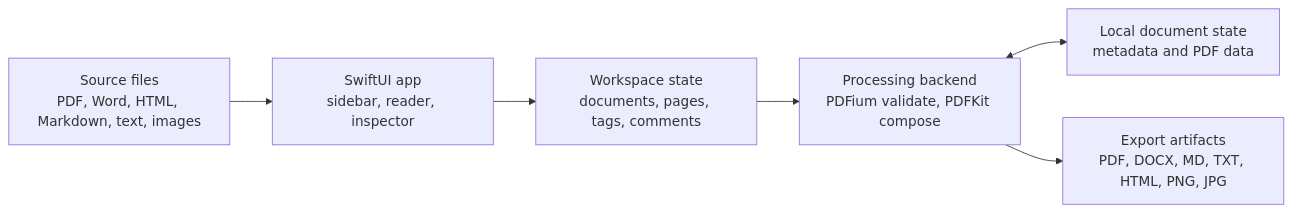
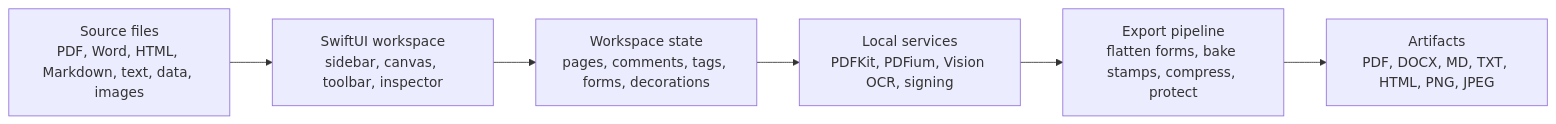
The diagram in README.md (udhawan97/pdFold), drawn with Mermaid before and after one commit. The commit also changed other lines of this file and 10 other files, not shown here.

````diff
--- a/README.md
+++ b/README.md
@@ -141,15 +124,15 @@
 ```mermaid
 flowchart LR
-    Files["Source files<br/>PDF, Word, HTML, Markdown, text, images"]
-    UI["SwiftUI app<br/>sidebar, reader, inspector"]
-    State["Workspace state<br/>documents, pages, tags, comments"]
-    Engine["Processing backend<br/>PDFium validate, PDFKit compose"]
-    LocalState["Local document state<br/>metadata and PDF data"]
-    Export["Export artifacts<br/>PDF, DOCX, MD, TXT, HTML, PNG, JPG"]
+    Files["Source files<br/>PDF, Word, HTML, Markdown, text, data, images"]
+    UI["SwiftUI workspace<br/>sidebar, canvas, toolbar, inspector"]
+    State["Workspace state<br/>pages, comments, tags, forms, decorations"]
+    Services["Local services<br/>PDFKit, PDFium, Vision OCR, signing"]
+    Export["Export pipeline<br/>flatten forms, bake stamps, compress, protect"]
+    Artifacts["Artifacts<br/>PDF, DOCX, MD, TXT, HTML, PNG, JPEG"]
 
     Files --> UI
     UI --> State
-    State --> Engine
-    Engine <--> LocalState
-    Engine --> Export
+    State --> Services
+    Services --> Export
+    Export --> Artifacts
 ```
````
